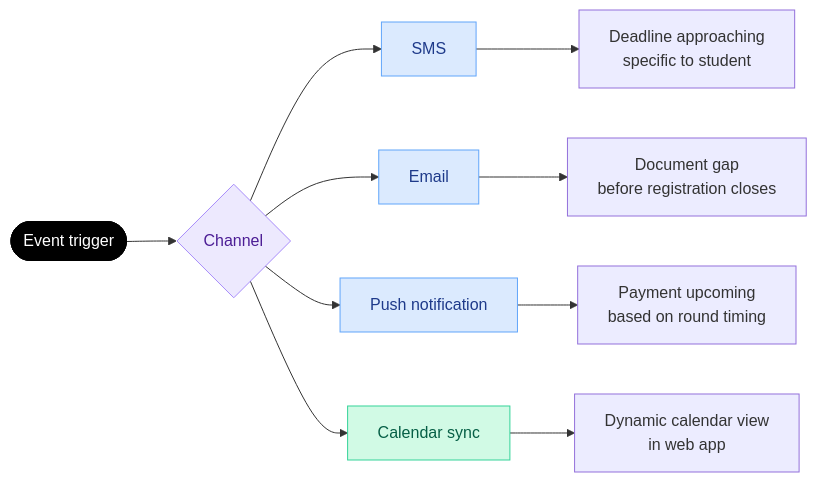
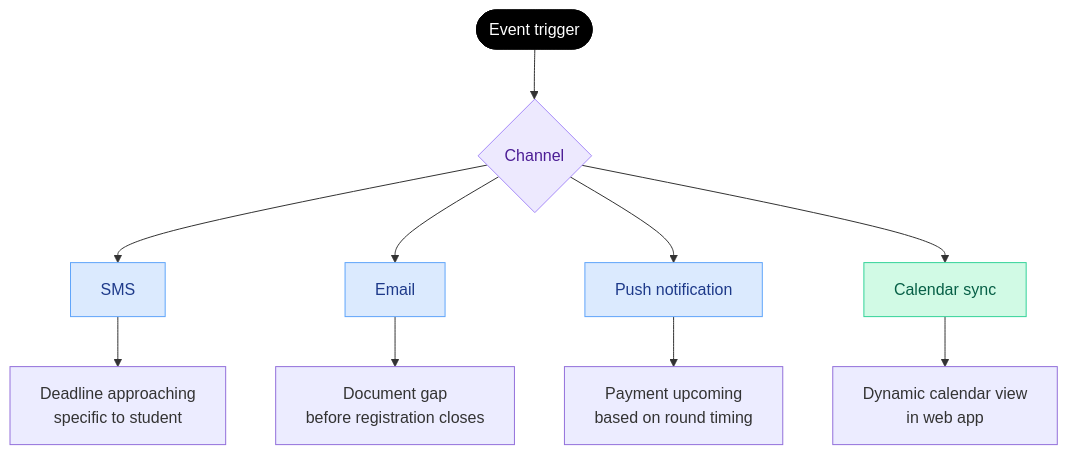
One commit to aashrutsharma2/docs changed the second of 2 diagrams in praveshai/guidance-and-support.mdx. Above: the diagram before and after it, drawn with Mermaid. The commit also changed other lines of this file, not shown here.

Commit message:
Updated mintlify pages
- Updated praveshai/guidance-and-support.mdx

Mintlify-Source: dashboard-editor

````diff
--- a/praveshai/guidance-and-support.mdx
+++ b/praveshai/guidance-and-support.mdx
@@ -69,20 +69,20 @@
 ```mermaid
-flowchart LR
+flowchart TD
     E([Event trigger]) --> A{Channel}
     A --> SMS[SMS]
     A --> EMAIL[Email]
     A --> PUSH[Push notification]
     A --> CAL[Calendar sync]
 
     SMS --> S1[Deadline approaching\nspecific to student]
     EMAIL --> S2[Document gap\nbefore registration closes]
     PUSH --> S3[Payment upcoming\nbased on round timing]
     CAL --> S4[Dynamic calendar view\nin web app]
 
     style E fill:#000000,stroke:#000000,color:#ffffff
     style A fill:#EDE9FE,stroke:#A78BFA,color:#4C1D95
     style SMS fill:#DBEAFE,stroke:#60A5FA,color:#1E3A8A
     style EMAIL fill:#DBEAFE,stroke:#60A5FA,color:#1E3A8A
     style PUSH fill:#DBEAFE,stroke:#60A5FA,color:#1E3A8A
     style CAL fill:#D1FAE5,stroke:#34D399,color:#065F46
 ```
````
